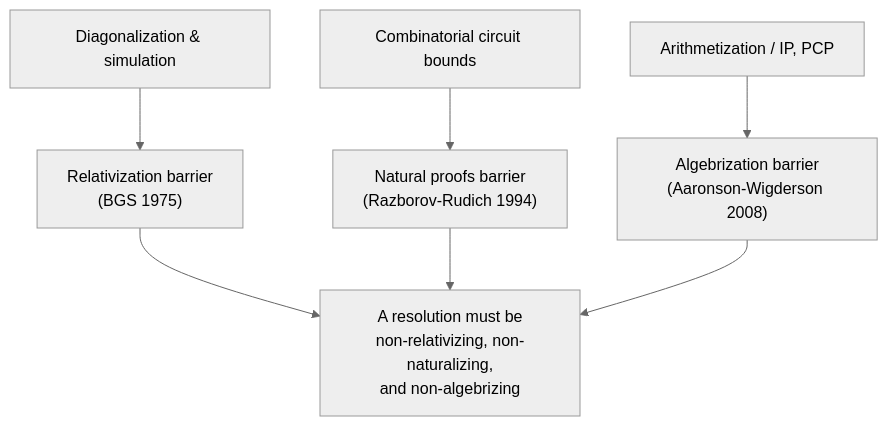
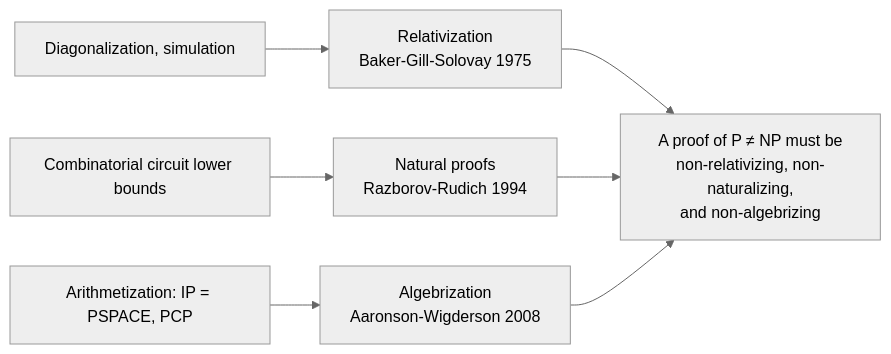
The fifth of 5 diagrams in github-pages/docs/advanced/complexity-theory.md (AndrewAltimit/Documentation), drawn with Mermaid (neutral theme) before and after one commit. The commit also changed other lines of this file and 240 other files, not shown here.

````diff
--- a/github-pages/docs/advanced/complexity-theory.md
+++ b/github-pages/docs/advanced/complexity-theory.md
@@ -387,9 +390,9 @@
 ```mermaid
-flowchart TD
-    Diag["Diagonalization &amp; simulation"] --> R["Relativization barrier<br/>(BGS 1975)"]
-    Circ["Combinatorial circuit bounds"] --> N["Natural proofs barrier<br/>(Razborov-Rudich 1994)"]
-    Arith["Arithmetization / IP, PCP"] --> A["Algebrization barrier<br/>(Aaronson-Wigderson 2008)"]
-    R --> Need["A resolution must be<br/>non-relativizing, non-naturalizing,<br/>and non-algebrizing"]
+flowchart LR
+    Diag["Diagonalization, simulation"] --> R["Relativization<br/>Baker-Gill-Solovay 1975"]
+    Circ["Combinatorial circuit lower bounds"] --> N["Natural proofs<br/>Razborov-Rudich 1994"]
+    Arith["Arithmetization: IP = PSPACE, PCP"] --> A["Algebrization<br/>Aaronson-Wigderson 2008"]
+    R --> Need["A proof of P ≠ NP must be<br/>non-relativizing, non-naturalizing,<br/>and non-algebrizing"]
     N --> Need
     A --> Need
 ```
````
